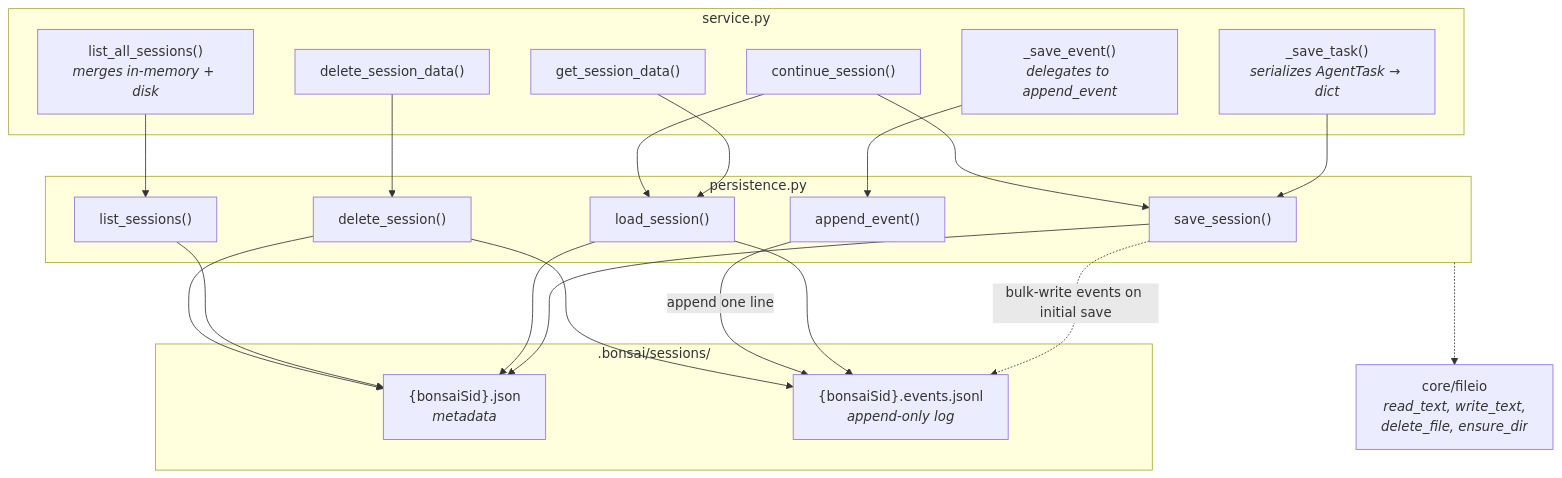
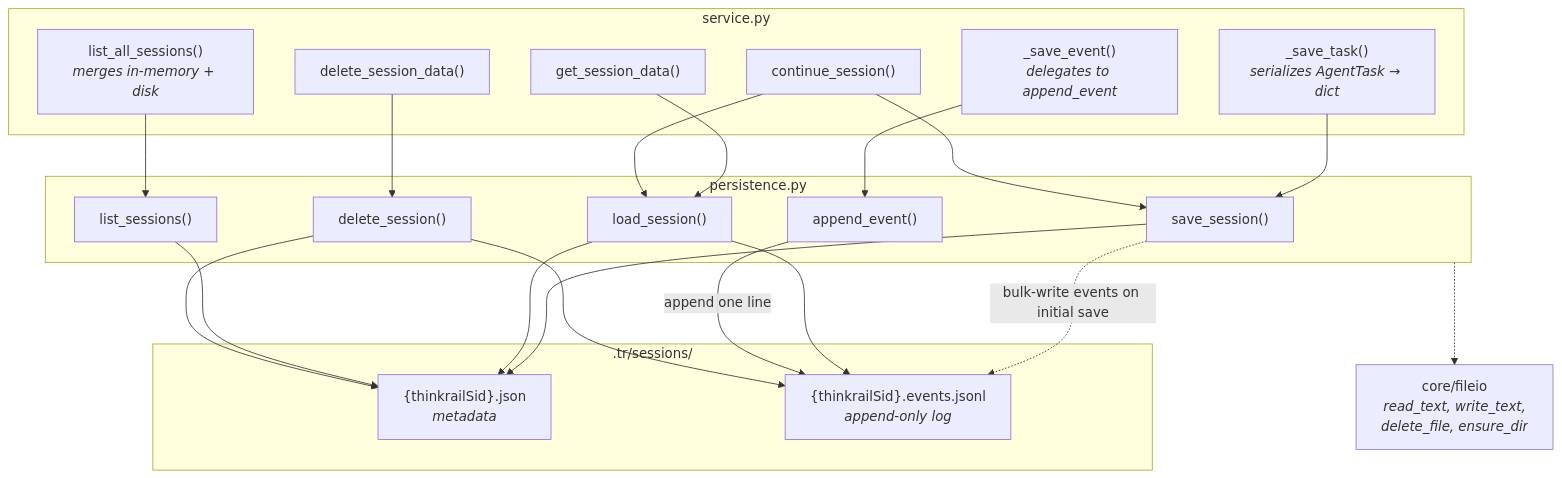
The diagram in backend/app/agent/PERSISTENCE.md (JetBrains/thinkrail), drawn with Mermaid before and after one commit. The commit also changed other lines of this file and 372 other files, not shown here.

````diff
--- a/backend/app/agent/PERSISTENCE.md
+++ b/backend/app/agent/PERSISTENCE.md
@@ -29,43 +29,43 @@
 ```mermaid
 graph TD
     subgraph Service["service.py"]
         SaveTask["_save_task()<br/><i>serializes AgentTask → dict</i>"]
         SaveEvent["_save_event()<br/><i>delegates to append_event</i>"]
         ListAll["list_all_sessions()<br/><i>merges in-memory + disk</i>"]
         GetData["get_session_data()"]
         DelData["delete_session_data()"]
         Continue["continue_session()"]
     end
 
     subgraph Persistence["persistence.py"]
         Save["save_session()"]
         Load["load_session()"]
         ListDisk["list_sessions()"]
         Append["append_event()"]
         Delete["delete_session()"]
     end
 
-    subgraph Disk[".bonsai/sessions/"]
-        Meta["{bonsaiSid}.json<br/><i>metadata</i>"]
-        Events["{bonsaiSid}.events.jsonl<br/><i>append-only log</i>"]
+    subgraph Disk[".tr/sessions/"]
+        Meta["{thinkrailSid}.json<br/><i>metadata</i>"]
+        Events["{thinkrailSid}.events.jsonl<br/><i>append-only log</i>"]
     end
 
     SaveTask --> Save
     SaveEvent --> Append
     ListAll --> ListDisk
     GetData --> Load
     DelData --> Delete
     Continue --> Load
     Continue --> Save
 
     Save --> Meta
     Save -.->|bulk-write events on initial save| Events
     Load --> Meta
     Load --> Events
     ListDisk --> Meta
     Append -->|append one line| Events
     Delete --> Meta
     Delete --> Events
 
     Persistence -.-> FileIO["core/fileio<br/><i>read_text, write_text,<br/>delete_file, ensure_dir</i>"]
 ```
````
